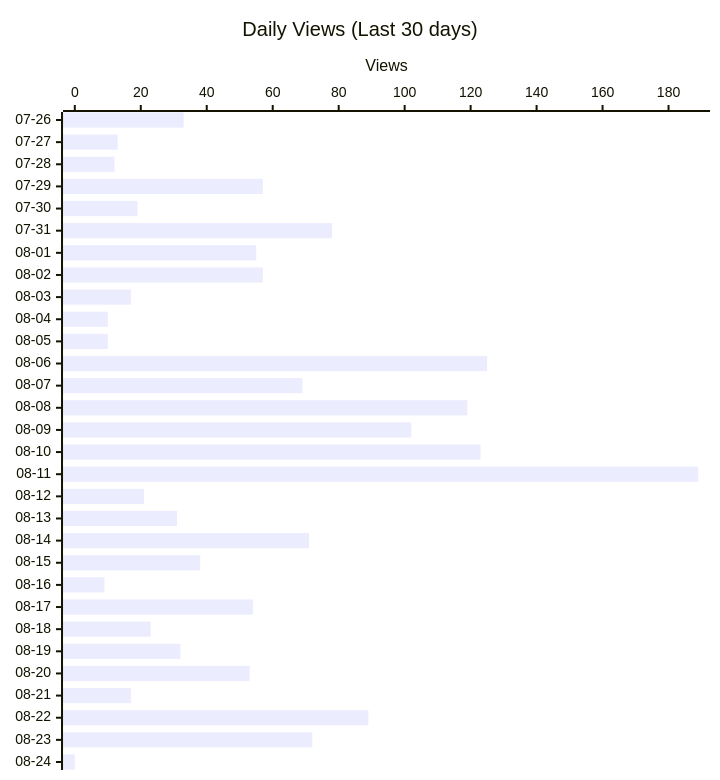
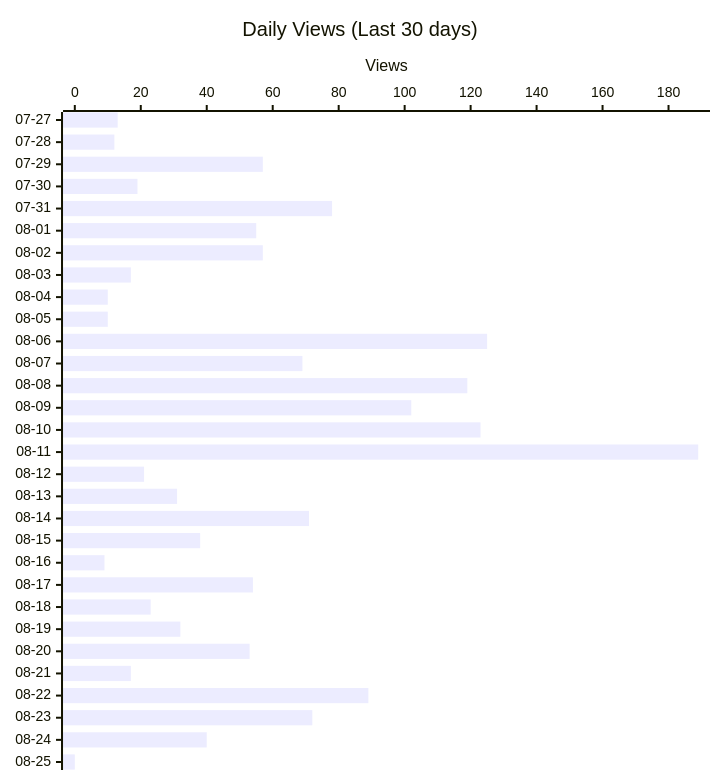
One commit to shigechika/github-insights changed the second of 4 diagrams in README.md. Above: the diagram before and after it, drawn with Mermaid. The commit also changed other lines of this file and 2 other files, not shown here.

````diff
--- a/README.md
+++ b/README.md
@@ -28,12 +28,12 @@
 ```mermaid
 ---
 config:
   xyChart:
     height: 760
 ---
 xychart-beta horizontal
     title "Daily Views (Last 30 days)"
-    x-axis ["07-26", "07-27", "07-28", "07-29", "07-30", "07-31", "08-01", "08-02", "08-03", "08-04", "08-05", "08-06", "08-07", "08-08", "08-09", "08-10", "08-11", "08-12", "08-13", "08-14", "08-15", "08-16", "08-17", "08-18", "08-19", "08-20", "08-21", "08-22", "08-23", "08-24"]
+    x-axis ["07-27", "07-28", "07-29", "07-30", "07-31", "08-01", "08-02", "08-03", "08-04", "08-05", "08-06", "08-07", "08-08", "08-09", "08-10", "08-11", "08-12", "08-13", "08-14", "08-15", "08-16", "08-17", "08-18", "08-19", "08-20", "08-21", "08-22", "08-23", "08-24", "08-25"]
     y-axis "Views"
-    bar [33, 13, 12, 57, 19, 78, 55, 57, 17, 10, 10, 125, 69, 119, 102, 123, 189, 21, 31, 71, 38, 9, 54, 23, 32, 53, 17, 89, 72, 0]
+    bar [13, 12, 57, 19, 78, 55, 57, 17, 10, 10, 125, 69, 119, 102, 123, 189, 21, 31, 71, 38, 9, 54, 23, 32, 53, 17, 89, 72, 40, 0]
 ```
````
